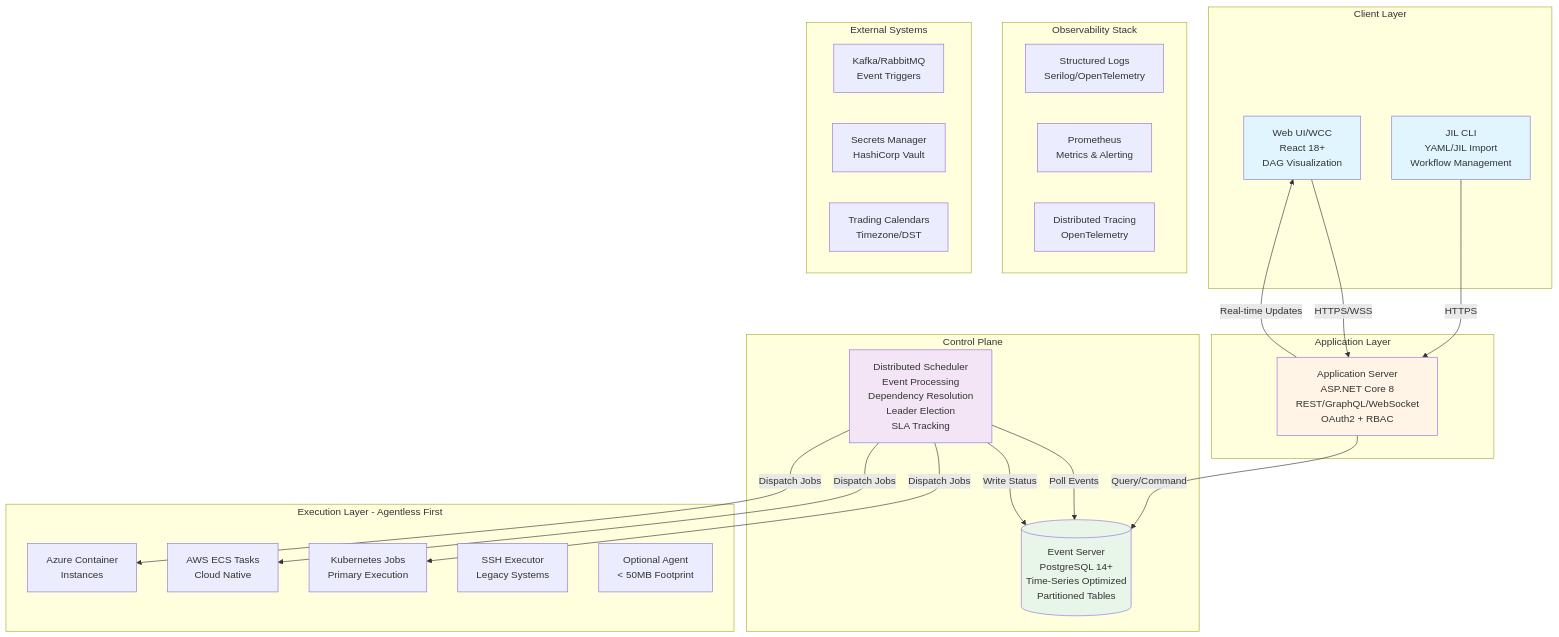
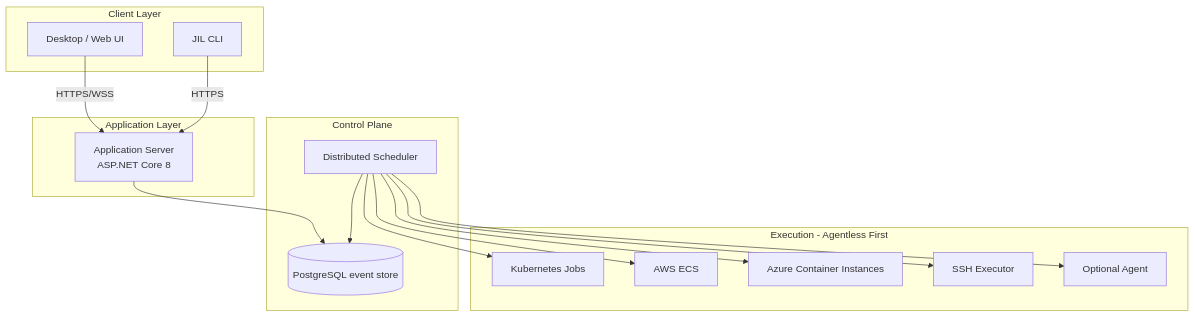
One commit to machugram/sentinel changed the ninth of 9 diagrams in README.md. Above: the diagram before and after it, drawn with Mermaid. The commit also changed other lines of this file and 11 other files, not shown here.

First line of the commit message:
Document the desktop console with screenshots and diagrams.

````diff
--- a/README.md
+++ b/README.md
@@ -77,53 +351,34 @@
 ```mermaid
 graph TB
     subgraph "Client Layer"
-        UI[Web UI/WCC<br/>React 18+<br/>DAG Visualization]
-        CLI[JIL CLI<br/>YAML/JIL Import<br/>Workflow Management]
+        UI[Desktop / Web UI]
+        CLI[JIL CLI]
     end
 
     subgraph "Application Layer"
-        API[Application Server<br/>ASP.NET Core 8<br/>REST/GraphQL/WebSocket<br/>OAuth2 + RBAC]
+        API[Application Server<br/>ASP.NET Core 8]
     end
 
     subgraph "Control Plane"
-        SCHED[Distributed Scheduler<br/>Event Processing<br/>Dependency Resolution<br/>Leader Election<br/>SLA Tracking]
-        DB[(Event Server<br/>PostgreSQL 14+<br/>Time-Series Optimized<br/>Partitioned Tables)]
+        SCHED[Distributed Scheduler]
+        DB[(PostgreSQL event store)]
     end
 
-    subgraph "Execution Layer - Agentless First"
-        K8S[Kubernetes Jobs<br/>Primary Execution]
-        ECS[AWS ECS Tasks<br/>Cloud Native]
-        ACI[Azure Container<br/>Instances]
-        SSH[SSH Executor<br/>Legacy Systems]
-        AGENT[Optional Agent<br/>< 50MB Footprint]
-    end
-
-    subgraph "Observability Stack"
-        LOGS[Structured Logs<br/>Serilog/OpenTelemetry]
-        METRICS[Prometheus<br/>Metrics & Alerting]
-        TRACE[Distributed Tracing<br/>OpenTelemetry]
-    end
-
-    subgraph "External Systems"
-        KAFKA[Kafka/RabbitMQ<br/>Event Triggers]
-        VAULT[Secrets Manager<br/>HashiCorp Vault]
-        CAL[Trading Calendars<br/>Timezone/DST]
+    subgraph "Execution - Agentless First"
+        K8S[Kubernetes Jobs]
+        ECS[AWS ECS]
+        ACI[Azure Container Instances]
+        SSH[SSH Executor]
+        AGENT[Optional Agent]
     end
 
     UI -->|HTTPS/WSS| API
     CLI -->|HTTPS| API
-    API -->|Query/Command| DB
-    API -->|Real-time Updates| UI
-    
-    SCHED -->|Poll Events| DB
-    SCHED -->|Write Status| DB
-    SCHED -->|Dispatch Jobs| K8S
-    SCHED -->|Dispatch Jobs| ECS
-    SCHED -->|Dispatch Jobs| ACI
-    
-    style UI fill:#e1f5ff
-    style CLI fill:#e1f5ff
-    style API fill:#fff4e6
-    style SCHED fill:#f3e5f5
-    style DB fill:#e8f5e9
+    API --> DB
+    SCHED --> DB
+    SCHED --> K8S
+    SCHED --> ECS
+    SCHED --> ACI
+    SCHED --> SSH
+    SCHED --> AGENT
 ```
````
